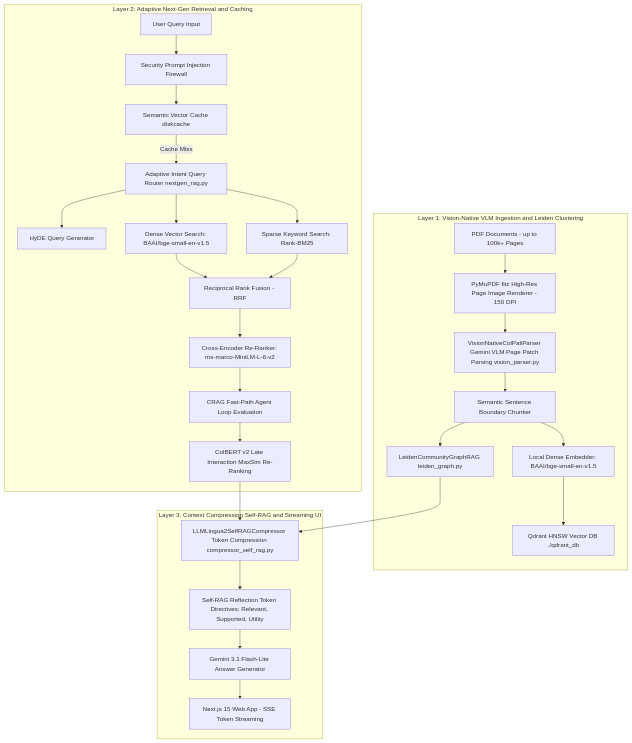
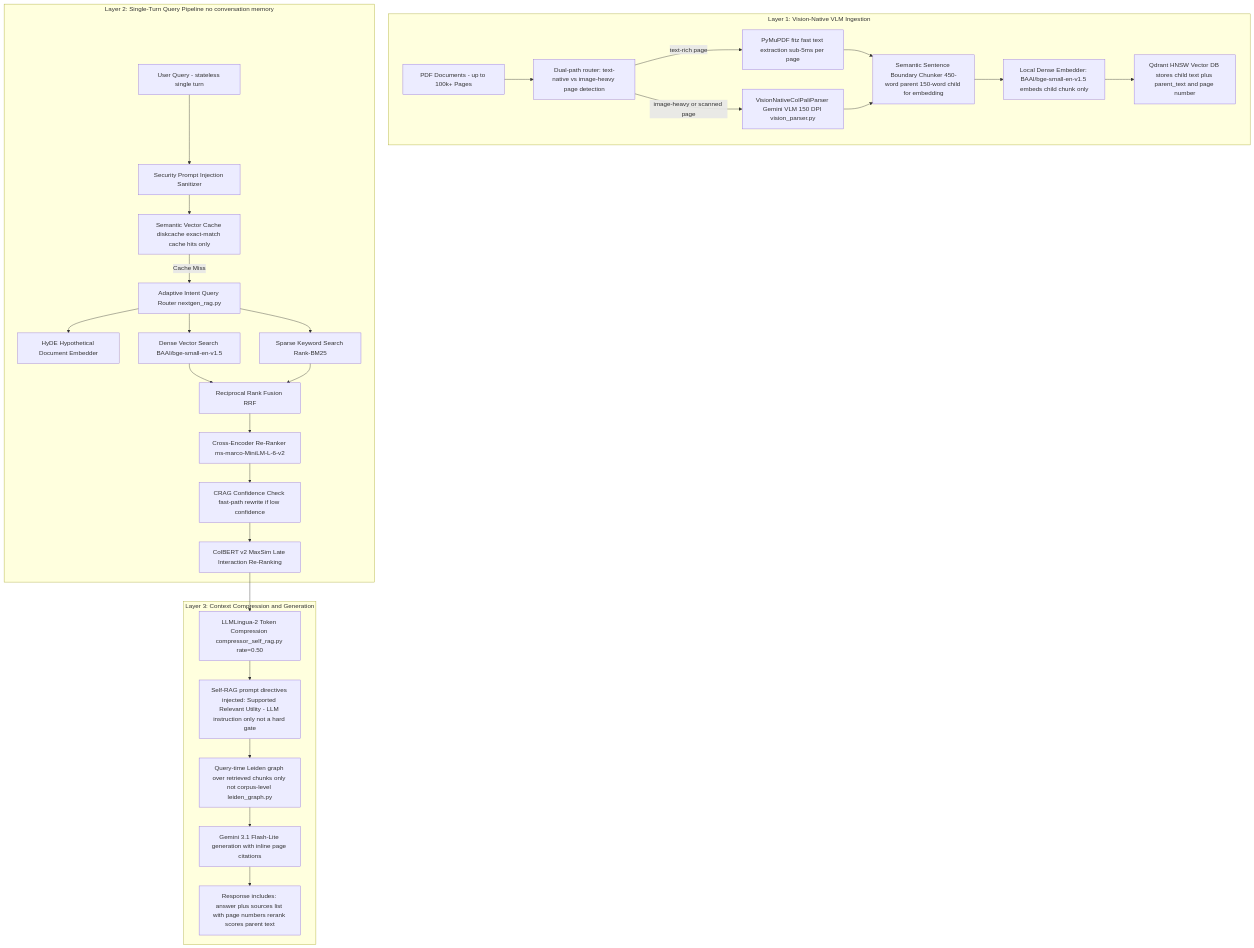
Before and after one commit to AkhilBaja3005/custom-rag: the diagram in README.md, drawn with Mermaid. The commit also changed other lines of this file, not shown here.

Commit message:
README: document all 7 technical gaps - source attribution schema, Self-RAG as prompt-only, stateless pipeline, parent-child chunks, unablated embedding, query-time Leiden scope, missing baseline

````diff
--- a/README.md
+++ b/README.md
@@ -27,33 +28,34 @@
 ```mermaid
 flowchart TD
-    subgraph Layer1["Layer 1: Vision-Native VLM Ingestion and Leiden Clustering"]
-        A["PDF Documents - up to 100k+ Pages"] --> B["PyMuPDF fitz High-Res Page Image Renderer - 150 DPI"]
-        B --> C["VisionNativeColPaliParser Gemini VLM Page Patch Parsing vision_parser.py"]
-        C --> D["Semantic Sentence Boundary Chunker"]
-        D --> E["Local Dense Embedder: BAAI/bge-small-en-v1.5"]
-        D --> F["LeidenCommunityGraphRAG leiden_graph.py"]
-        E --> G["Qdrant HNSW Vector DB ./qdrant_db"]
+    subgraph Layer1["Layer 1: Vision-Native VLM Ingestion"]
+        A["PDF Documents - up to 100k+ Pages"] --> B["Dual-path router: text-native vs image-heavy page detection"]
+        B -- "text-rich page" --> C["PyMuPDF fitz fast text extraction sub-5ms per page"]
+        B -- "image-heavy or scanned page" --> D["VisionNativeColPaliParser Gemini VLM 150 DPI vision_parser.py"]
+        C --> E["Semantic Sentence Boundary Chunker 450-word parent 150-word child for embedding"]
+        D --> E
+        E --> F["Local Dense Embedder: BAAI/bge-small-en-v1.5 embeds child chunk only"]
+        F --> G["Qdrant HNSW Vector DB stores child text plus parent_text and page number"]
     end
 
-    subgraph Layer2["Layer 2: Adaptive Next-Gen Retrieval and Caching"]
-        H["User Query Input"] --> I["Security Prompt Injection Firewall"]
-        I --> J["Semantic Vector Cache diskcache"]
+    subgraph Layer2["Layer 2: Single-Turn Query Pipeline no conversation memory"]
+        H["User Query - stateless single turn"] --> I["Security Prompt Injection Sanitizer"]
+        I --> J["Semantic Vector Cache diskcache exact-match cache hits only"]
         J -- Cache Miss --> K["Adaptive Intent Query Router nextgen_rag.py"]
-        K --> L["HyDE Query Generator"]
-        K --> M["Dense Vector Search: BAAI/bge-small-en-v1.5"]
-        K --> N["Sparse Keyword Search: Rank-BM25"]
-        M --> O["Reciprocal Rank Fusion - RRF"]
+        K --> L["HyDE Hypothetical Document Embedder"]
+        K --> M["Dense Vector Search BAAI/bge-small-en-v1.5"]
+        K --> N["Sparse Keyword Search Rank-BM25"]
+        M --> O["Reciprocal Rank Fusion RRF"]
         N --> O
-        O --> P["Cross-Encoder Re-Ranker: ms-marco-MiniLM-L-6-v2"]
-        P --> Q["CRAG Fast-Path Agent Loop Evaluation"]
-        Q --> R["ColBERT v2 Late Interaction MaxSim Re-Ranking"]
+        O --> P["Cross-Encoder Re-Ranker ms-marco-MiniLM-L-6-v2"]
+        P --> Q["CRAG Confidence Check fast-path rewrite if low confidence"]
+        Q --> R["ColBERT v2 MaxSim Late Interaction Re-Ranking"]
     end
 
-    subgraph Layer3["Layer 3: Context Compression Self-RAG and Streaming UI"]
-        R --> S["LLMLingua2SelfRAGCompressor Token Compression compressor_self_rag.py"]
-        F --> S
-        S --> T["Self-RAG Reflection Token Directives: Relevant, Supported, Utility"]
-        T --> U["Gemini 3.1 Flash-Lite Answer Generator"]
-        U --> V["Next.js 15 Web App - SSE Token Streaming"]
+    subgraph Layer3["Layer 3: Context Compression and Generation"]
+        R --> S["LLMLingua-2 Token Compression compressor_self_rag.py rate=0.50"]
+        S --> T["Self-RAG prompt directives injected: Supported Relevant Utility - LLM instruction only not a hard gate"]
+        T --> U["Query-time Leiden graph over retrieved chunks only not corpus-level leiden_graph.py"]
+        U --> V["Gemini 3.1 Flash-Lite generation with inline page citations"]
+        V --> W["Response includes: answer plus sources list with page numbers rerank scores parent text"]
     end
 ```
````
